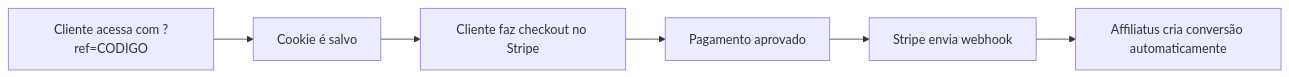
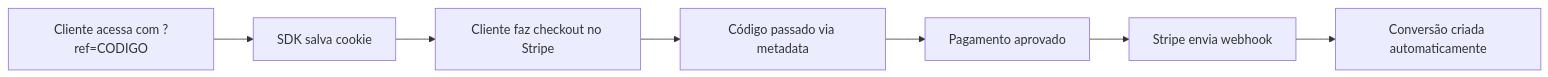
Before and after one commit to bgabraga2/affiliatus-docs: the diagram in integrations/stripe.mdx, drawn with Mermaid. The commit also changed other lines of this file and 8 other files, not shown here.

````diff
--- a/integrations/stripe.mdx
+++ b/integrations/stripe.mdx
@@ -20,8 +25,9 @@
 ```mermaid
 graph LR
-    A[Cliente acessa com ?ref=CODIGO] --> B[Cookie é salvo]
+    A[Cliente acessa com ?ref=CODIGO] --> B[SDK salva cookie]
     B --> C[Cliente faz checkout no Stripe]
-    C --> D[Pagamento aprovado]
-    D --> E[Stripe envia webhook]
-    E --> F[Affiliatus cria conversão automaticamente]
+    C --> D[Código passado via metadata]
+    D --> E[Pagamento aprovado]
+    E --> F[Stripe envia webhook]
+    F --> G[Conversão criada automaticamente]
 ```
````
